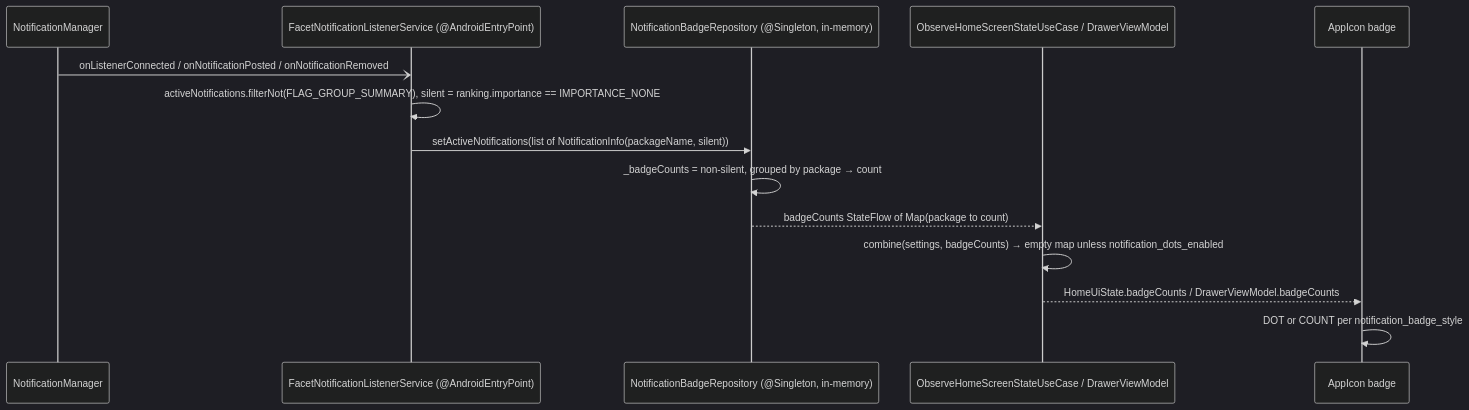
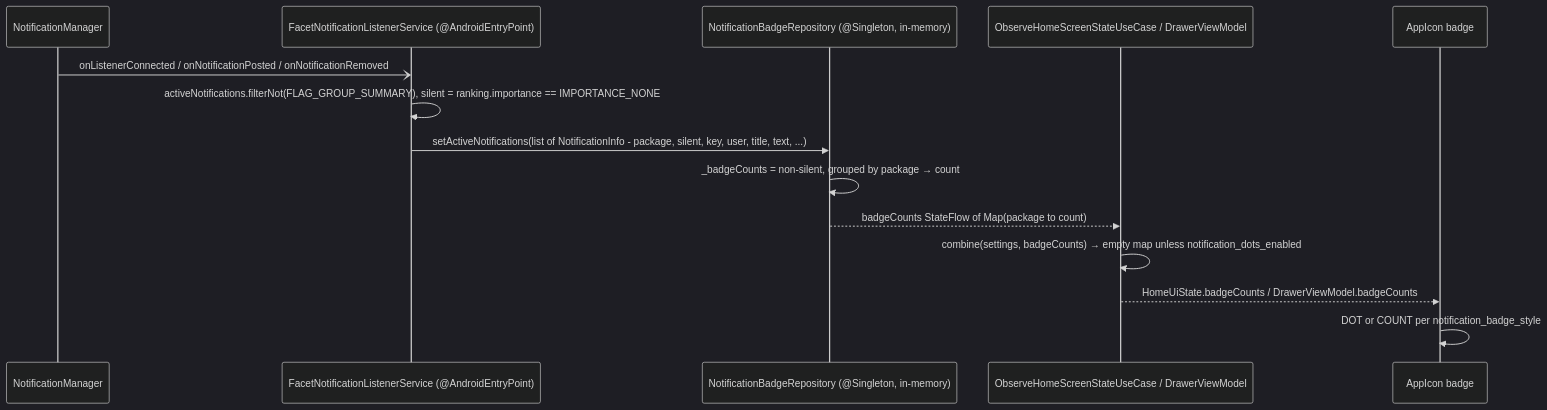
One commit to rohitganjam/facet-launcher changed the third of 5 diagrams in docs/architecture/13-flow-facets-theme-notifications-onboarding.md. Above: the diagram before and after it, drawn with Mermaid (dark theme). The commit also changed other lines of this file and 69 other files, not shown here.

````diff
--- a/docs/architecture/13-flow-facets-theme-notifications-onboarding.md
+++ b/docs/architecture/13-flow-facets-theme-notifications-onboarding.md
@@ -234,16 +234,16 @@
 ```mermaid
 sequenceDiagram
     participant SYS as NotificationManager
     participant SVC as FacetNotificationListenerService (@AndroidEntryPoint)
     participant NBR as NotificationBadgeRepository (@Singleton, in-memory)
     participant UC as ObserveHomeScreenStateUseCase / DrawerViewModel
     participant UI as AppIcon badge
     SYS-)SVC: onListenerConnected / onNotificationPosted / onNotificationRemoved
     SVC->>SVC: activeNotifications.filterNot(FLAG_GROUP_SUMMARY), silent = ranking.importance == IMPORTANCE_NONE
-    SVC->>NBR: setActiveNotifications(list of NotificationInfo(packageName, silent))
+    SVC->>NBR: setActiveNotifications(list of NotificationInfo - package, silent, key, user, title, text, ...)
     NBR->>NBR: _badgeCounts = non-silent, grouped by package → count
     NBR-->>UC: badgeCounts StateFlow of Map(package to count)
     UC->>UC: combine(settings, badgeCounts) → empty map unless notification_dots_enabled
     UC-->>UI: HomeUiState.badgeCounts / DrawerViewModel.badgeCounts
     UI->>UI: DOT or COUNT per notification_badge_style
 ```
````
